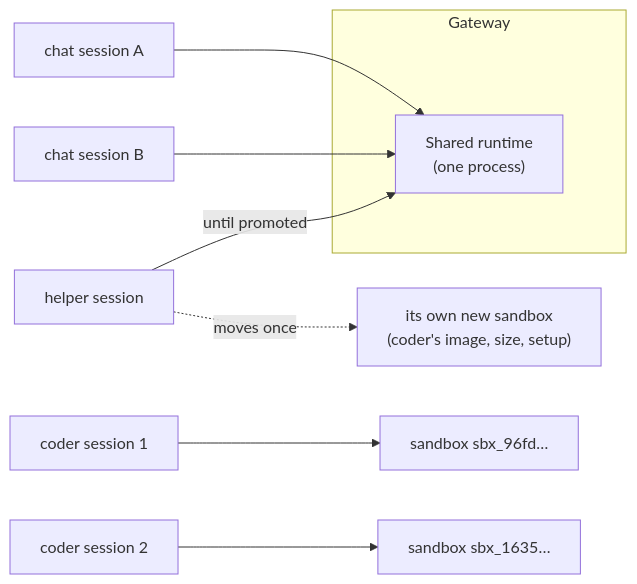
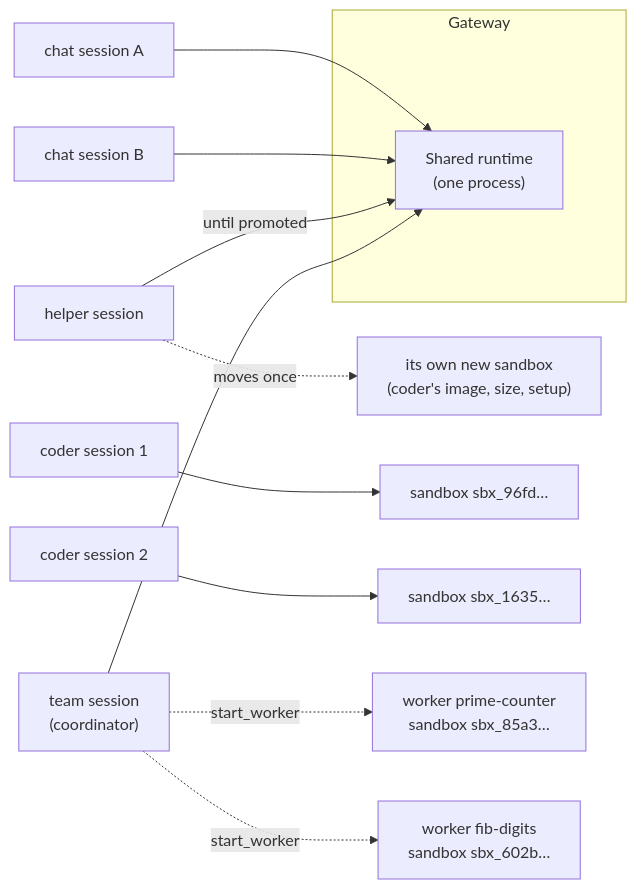
The diagram in README.md (patniko/managed-copilot-sdk), drawn with Mermaid before and after one commit. The commit also changed other lines of this file and 8 other files, not shown here.

````diff
--- a/README.md
+++ b/README.md
@@ -106,12 +107,15 @@
 ```mermaid
 flowchart LR
   subgraph GW["Gateway"]
     RT["Shared runtime<br/>(one process)"]
   end
   C1["chat session A"] --> RT
   C2["chat session B"] --> RT
   H["helper session"] -- "until promoted" --> RT
   H -. "moves once" .-> S3["its own new sandbox<br/>(coder's image, size, setup)"]
   K1["coder session 1"] --> S1["sandbox sbx_96fd…"]
   K2["coder session 2"] --> S2["sandbox sbx_1635…"]
+  T["team session<br/>(coordinator)"] --> RT
+  T -. "start_worker" .-> W1["worker prime-counter<br/>sandbox sbx_85a3…"]
+  T -. "start_worker" .-> W2["worker fib-digits<br/>sandbox sbx_602b…"]
 ```
````
